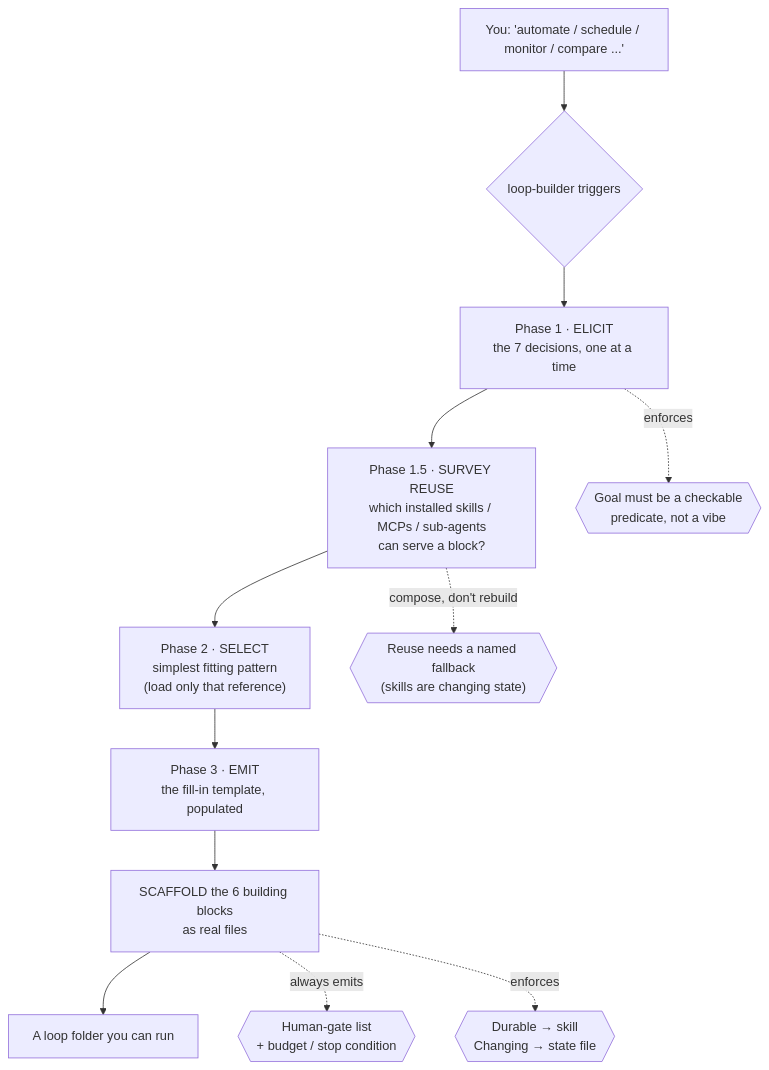
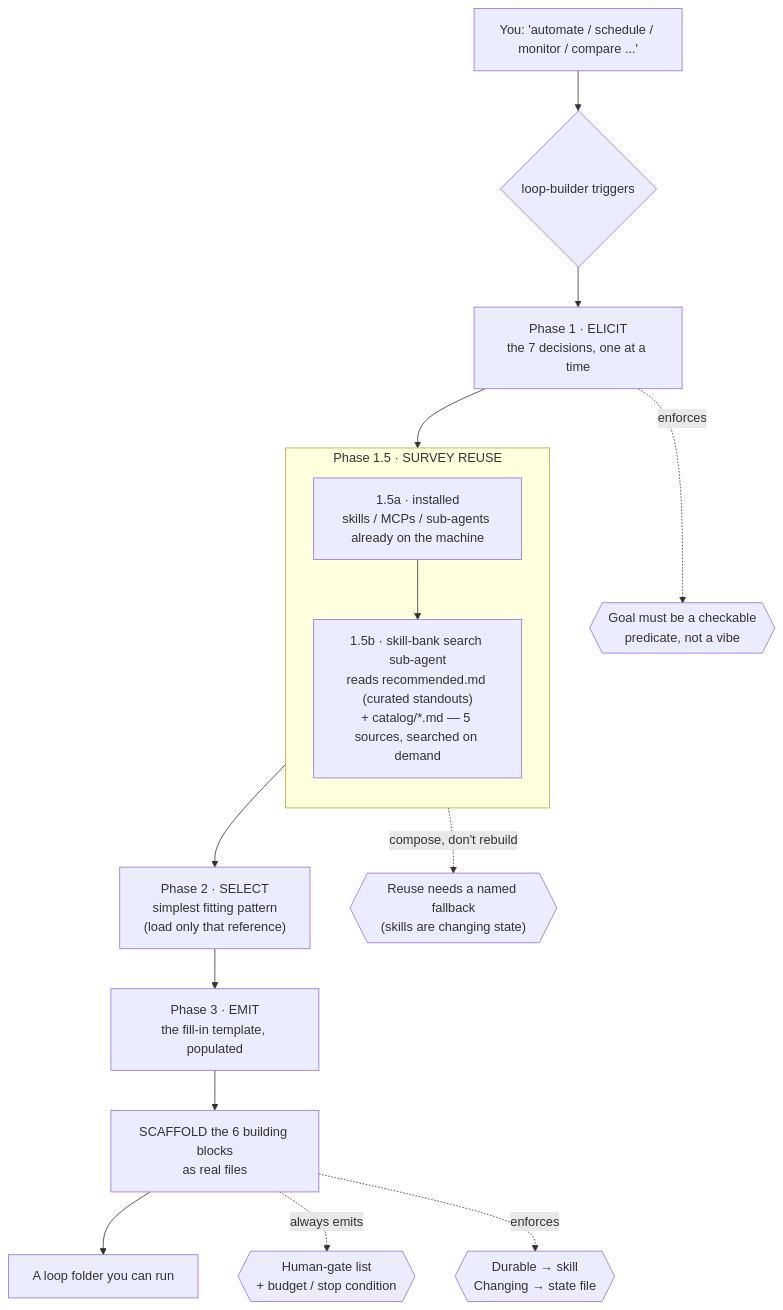
The first of 3 diagrams in README.md (AaronLPS/loop-builder), drawn with Mermaid before and after one commit. The commit also changed other lines of this file, not shown here.

Commit message:
docs(readme): surface the skill-bank in the Phase 1.5 overview
The 'How the skill works' flow described Phase 1.5 as installed-only,
hiding the skill-bank entirely. Split SURVEY REUSE into 1.5a (installed
skills/MCPs/sub-agents) and 1.5b (skill-bank search sub-agent over
recommended.md + catalog/*.md across five sources), and align the
adjacent prose.

````diff
--- a/README.md
+++ b/README.md
@@ -53,15 +53,20 @@
 ```mermaid
 flowchart TD
     U["You: 'automate / schedule / monitor / compare ...'"] --> T{loop-builder triggers}
     T --> P1["Phase 1 · ELICIT<br/>the 7 decisions, one at a time"]
-    P1 --> SV["Phase 1.5 · SURVEY REUSE<br/>which installed skills / MCPs / sub-agents<br/>can serve a block?"]
-    SV --> P2["Phase 2 · SELECT<br/>simplest fitting pattern<br/>(load only that reference)"]
+    P1 --> A
+    subgraph SV["Phase 1.5 · SURVEY REUSE"]
+      direction TB
+      A["1.5a · installed<br/>skills / MCPs / sub-agents already on the machine"] --> B
+      B["1.5b · skill-bank search sub-agent<br/>reads recommended.md (curated standouts)<br/>+ catalog/*.md — 5 sources, searched on demand"]
+    end
+    B --> P2["Phase 2 · SELECT<br/>simplest fitting pattern<br/>(load only that reference)"]
     P2 --> P3["Phase 3 · EMIT<br/>the fill-in template, populated"]
     P3 --> SC["SCAFFOLD the 6 building blocks<br/>as real files"]
     SC --> OUT["A loop folder you can run"]
 
     P1 -. enforces .-> R1{{"Goal must be a checkable<br/>predicate, not a vibe"}}
     SV -. compose, don't rebuild .-> R4{{"Reuse needs a named fallback<br/>(skills are changing state)"}}
     SC -. always emits .-> R2{{"Human-gate list<br/>+ budget / stop condition"}}
     SC -. enforces .-> R3{{"Durable → skill<br/>Changing → state file"}}
 ```
````
